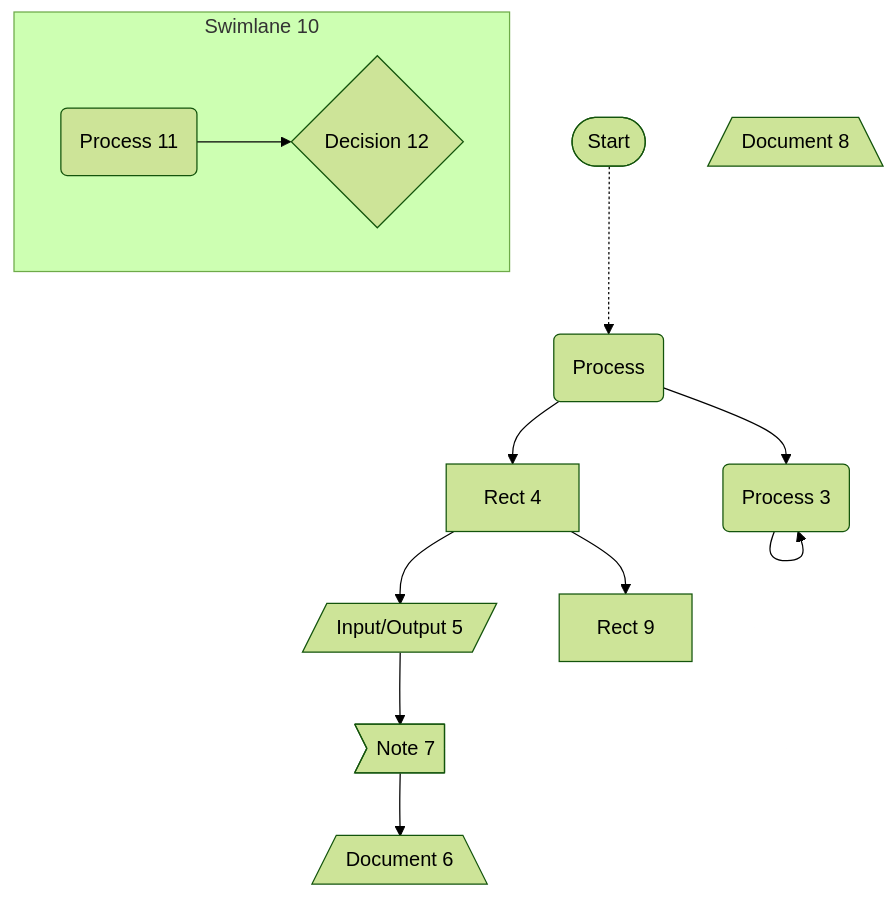
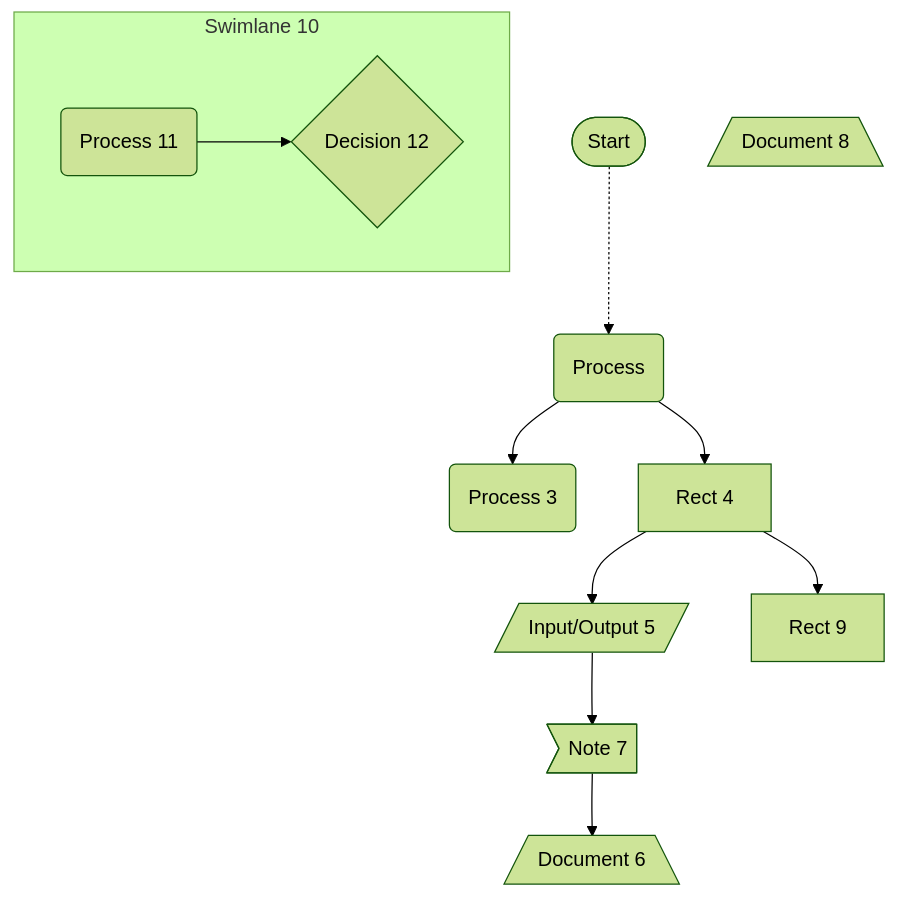
The diagram in mmd/流程图_3c82e5dc-80e4-4b41-a50d-f90f98ff5790.mmd (pingpm/mermaid_vault), drawn with Mermaid (forest theme) before and after one commit. The commit also changed 2 other files, not shown here.

Commit message:
Sync Mermaid Studio data (12 diagrams)

```diff
--- a/mmd/流程图_3c82e5dc-80e4-4b41-a50d-f90f98ff5790.mmd
+++ b/mmd/流程图_3c82e5dc-80e4-4b41-a50d-f90f98ff5790.mmd
@@ -1,23 +1,22 @@
 graph TD
   subgraph 80730659-8bb1-4cec-afc1-f508a219c696 ["Swimlane 10"]
     7714202b-77ab-4f03-8f6c-5da3acacc44a("Process 11")
     f3a9e38a-2da4-4a9a-9213-2643698c5eb0{"Decision 12"}
   end
   start(["Start"])
   1("Process")
   2b55b8de-e64f-48f1-a8b6-94cca48b33d2("Process 3")
   f836676b-fb2c-4936-a911-d066d325c8e0["Rect 4"]
   7f7d8cb8-27fd-45d9-8d2e-dd3c2a474f13[/"Input/Output 5"/]
   c08d4eab-03ff-4bb2-8d24-cee61d141f9d[/"Document 6"\]
   cacbf4fd-8267-4e6e-acf7-b18af6489a9a>"Note 7"]
   34b56764-0d96-4aae-a160-b1c1707fb3df[/"Document 8"\]
   cd307345-a2eb-40e4-8f4c-f274dbcdef02["Rect 9"]
   start -.-> 1
-  2b55b8de-e64f-48f1-a8b6-94cca48b33d2 --> 2b55b8de-e64f-48f1-a8b6-94cca48b33d2
   1 --> 2b55b8de-e64f-48f1-a8b6-94cca48b33d2
-  1 --> f836676b-fb2c-4936-a911-d066d325c8e0
   f836676b-fb2c-4936-a911-d066d325c8e0 --> 7f7d8cb8-27fd-45d9-8d2e-dd3c2a474f13
   f836676b-fb2c-4936-a911-d066d325c8e0 --> cd307345-a2eb-40e4-8f4c-f274dbcdef02
   7f7d8cb8-27fd-45d9-8d2e-dd3c2a474f13 --> cacbf4fd-8267-4e6e-acf7-b18af6489a9a
   cacbf4fd-8267-4e6e-acf7-b18af6489a9a --> c08d4eab-03ff-4bb2-8d24-cee61d141f9d
   7714202b-77ab-4f03-8f6c-5da3acacc44a --> f3a9e38a-2da4-4a9a-9213-2643698c5eb0
+  1 --> f836676b-fb2c-4936-a911-d066d325c8e0
```
